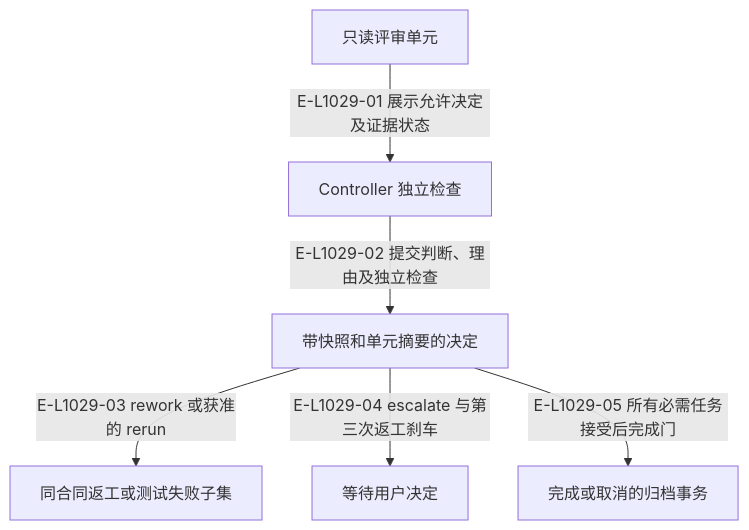
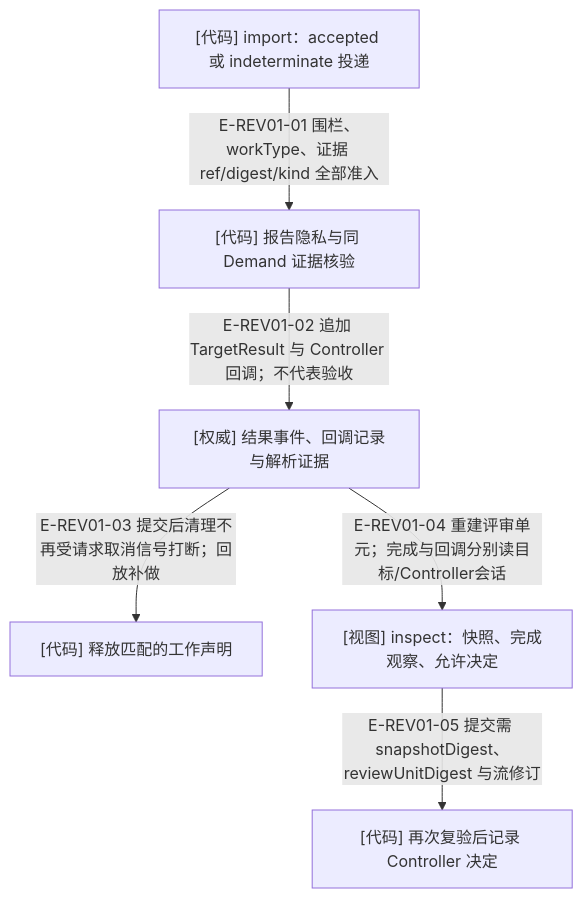
Before and after one commit to GxFn/Wakeflow: the diagram in wakeflow-architecture-atlas/maps/07-review-rework-completion/README.md, drawn with Mermaid. The commit also changed other lines of this file and 76 other files, not shown here.

First line of the commit message:
docs(atlas): refresh architecture maps for the rc.5 codebase

````diff
--- a/wakeflow-architecture-atlas/maps/07-review-rework-completion/README.md
+++ b/wakeflow-architecture-atlas/maps/07-review-rework-completion/README.md
@@ -153,16 +23,16 @@
 ```mermaid
 flowchart TB
-  accTitle: 评审决定与下一责任
-  accDescr: 评审决定与下一责任；箭头区分当前代码步骤、返回事实与明确的条件。
-  inspect["只读评审单元"]
-  checks["Controller 独立检查"]
-  decision["带快照和单元摘要的决定"]
-  rework["同合同返工或测试失败子集"]
-  escalate["等待用户决定"]
-  archive["完成或取消的归档事务"]
-  inspect -->|"E-L1029-01 展示允许决定及证据状态"| checks
-  checks -->|"E-L1029-02 提交判断、理由及独立检查"| decision
-  decision -->|"E-L1029-03 rework 或获准的 rerun"| rework
-  decision -->|"E-L1029-04 escalate 与第三次返工刹车"| escalate
-  decision -->|"E-L1029-05 所有必需任务接受后完成门"| archive
+  accTitle: 结果成为评审输入的真实边界
+  accDescr: 结果成为评审输入的真实边界；每条关系由当前实现的调用或条件支持，错误停止与恢复保持显式。
+  A["[代码] import：accepted 或 indeterminate 投递"]
+  B["[代码] 报告隐私与同 Demand 证据核验"]
+  C["[权威] 结果事件、回调记录与解析证据"]
+  D["[代码] 释放匹配的工作声明"]
+  F["[视图] inspect：快照、完成观察、允许决定"]
+  H["[代码] 再次复验后记录 Controller 决定"]
+  A -->|"E-REV01-01 围栏、workType、证据 ref/digest/kind 全部准入"| B
+  B -->|"E-REV01-02 追加 TargetResult 与 Controller 回调；不代表验收"| C
+  C -->|"E-REV01-03 提交后清理不再受请求取消信号打断；回放补做"| D
+  C -->|"E-REV01-04 重建评审单元；完成与回调分别读目标/Controller会话"| F
+  F -->|"E-REV01-05 提交需 snapshotDigest、reviewUnitDigest 与流修订"| H
 ```
````
